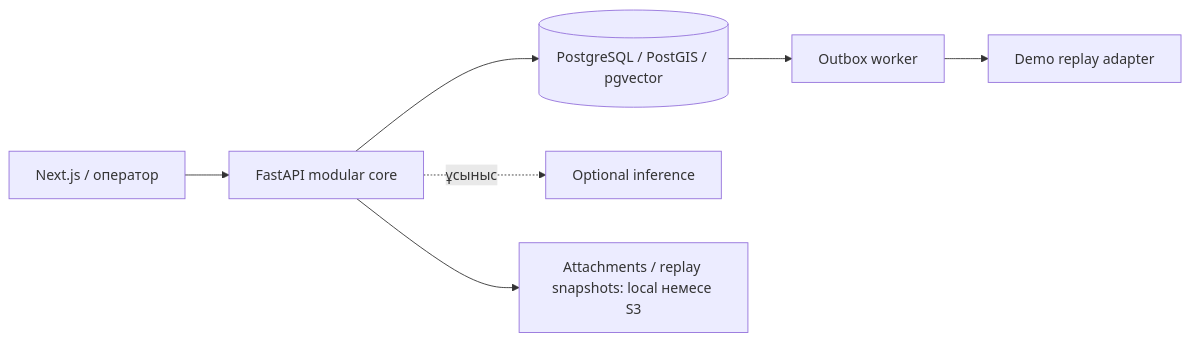
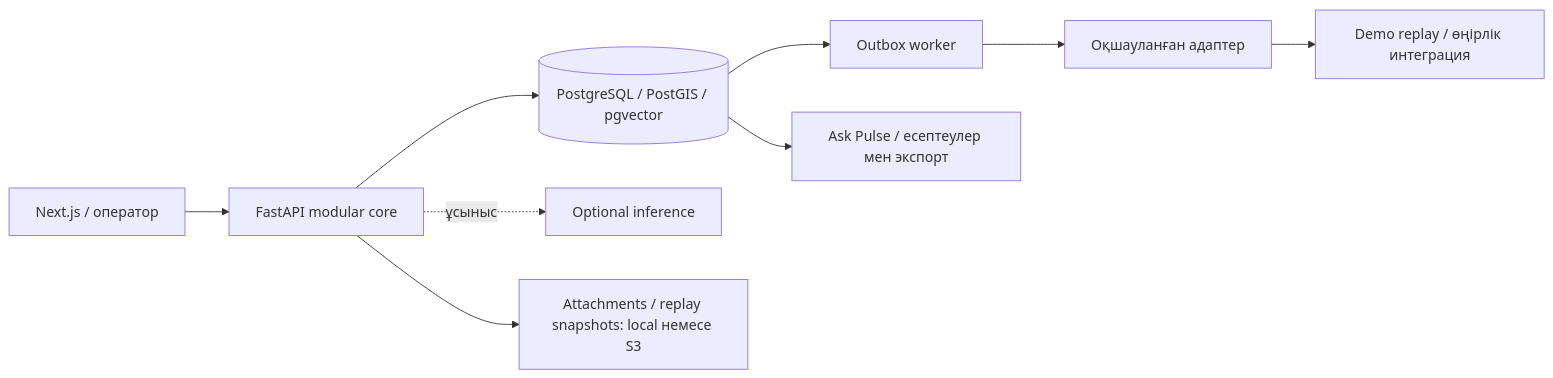
Before and after one commit to BAITC-Hacks/hack-803e2c8f-baash: the diagram in README.kk.md, drawn with Mermaid. The commit also changed other lines of this file and 9 other files, not shown here.

````diff
--- a/README.kk.md
+++ b/README.kk.md
@@ -99,9 +130,11 @@
 ```mermaid
 flowchart LR
     UI[Next.js / оператор] --> API[FastAPI modular core]
     API --> DB[(PostgreSQL / PostGIS / pgvector)]
     API -. ұсыныс .-> ML[Optional inference]
+    API --> O[Attachments / replay snapshots: local немесе S3]
     DB --> W[Outbox worker]
-    W --> R[Demo replay adapter]
-    API --> O[Attachments / replay snapshots: local немесе S3]
+    W --> A[Оқшауланған адаптер]
+    A --> R[Demo replay / өңірлік интеграция]
+    DB --> ASK[Ask Pulse / есептеулер мен экспорт]
 ```
````
